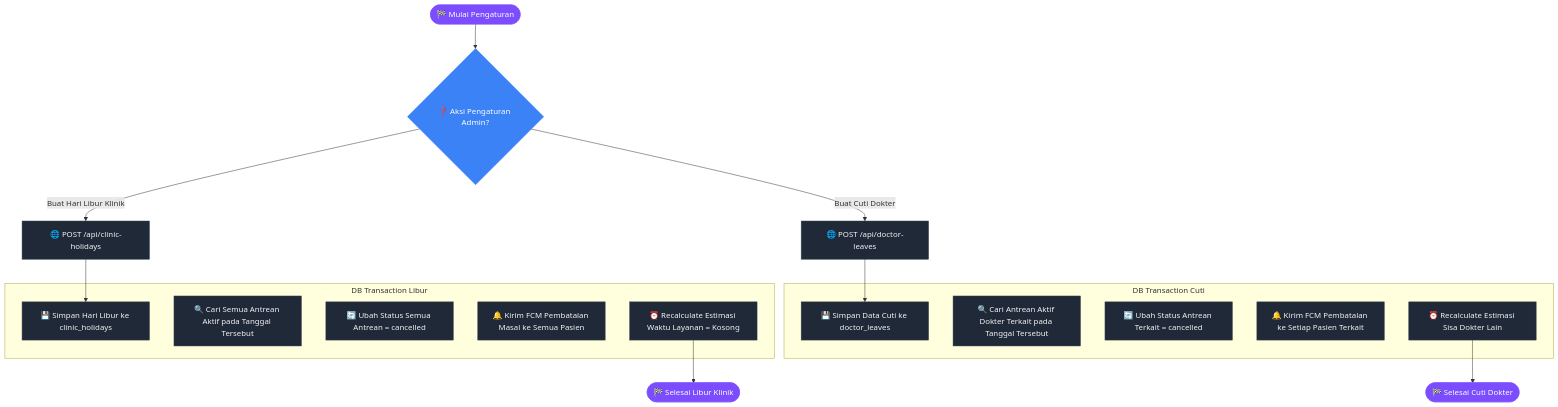
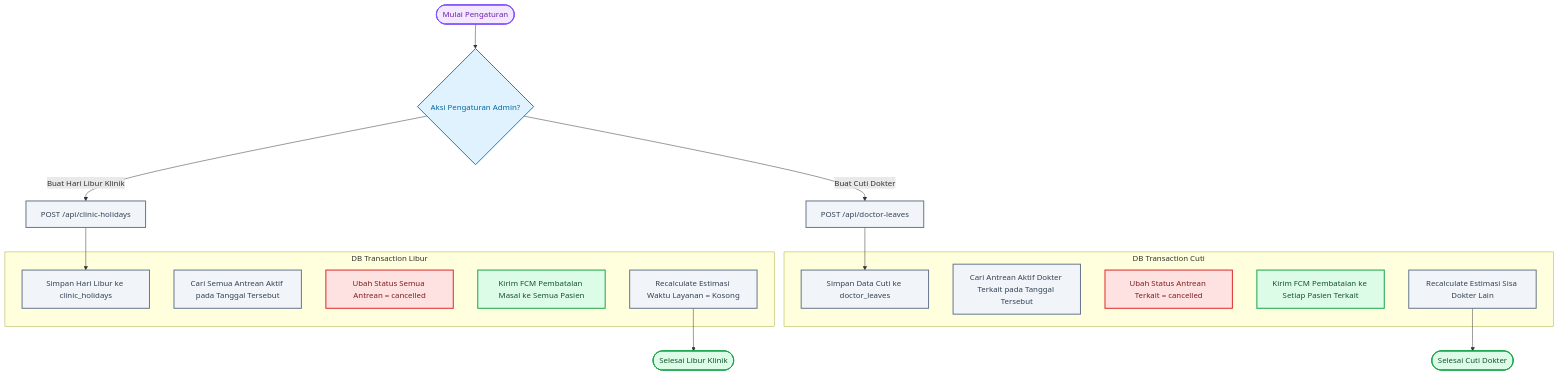
One commit to Rezi14/NalaSeva-Mobile-Test changed the tenth of 10 diagrams in dokumentasi/ALUR_BISNIS.md. Above: the diagram before and after it, drawn with Mermaid. The commit also changed other lines of this file and 1 other file, not shown here.

````diff
--- a/dokumentasi/ALUR_BISNIS.md
+++ b/dokumentasi/ALUR_BISNIS.md
@@ -408,30 +426,32 @@
 ```mermaid
 flowchart TD
-    classDef default fill:#1f2937,stroke:#374151,stroke-width:1px,color:#f3f4f6;
-    classDef startEnd fill:#7c4dff,stroke:#7c4dff,color:#fff;
-    classDef decision fill:#3b82f6,stroke:#3b82f6,color:#fff;
+    classDef startEnd fill:#f3e8ff,stroke:#7c4dff,stroke-width:2px,color:#6b21a8;
+    classDef decision fill:#e0f2fe,stroke:#0284c7,stroke-width:2px,color:#0369a1;
+    classDef process fill:#f1f5f9,stroke:#64748b,stroke-width:2px,color:#334155;
+    classDef success fill:#dcfce7,stroke:#16a34a,stroke-width:2px,color:#14532d;
+    classDef fail fill:#fee2e2,stroke:#dc2626,stroke-width:2px,color:#7f1d1d;
 
-    Start([🏁 Mulai Pengaturan]):::startEnd --> Action{❓ Aksi Pengaturan Admin?}:::decision
+    Start([Mulai Pengaturan]):::startEnd --> Action{Aksi Pengaturan Admin?}:::decision
     
-    Action -- Buat Hari Libur Klinik --> Holiday[🌐 POST /api/clinic-holidays]
+    Action -- Buat Hari Libur Klinik --> Holiday[POST /api/clinic-holidays]:::process
     subgraph DB Transaction Libur
-        H1[💾 Simpan Hari Libur ke clinic_holidays]
-        H2[🔍 Cari Semua Antrean Aktif pada Tanggal Tersebut]
-        H3[🔄 Ubah Status Semua Antrean = cancelled]
-        H4[🔔 Kirim FCM Pembatalan Masal ke Semua Pasien]
-        H5[⏰ Recalculate Estimasi Waktu Layanan = Kosong]
+        H1[Simpan Hari Libur ke clinic_holidays]:::process
+        H2[Cari Semua Antrean Aktif pada Tanggal Tersebut]:::process
+        H3[Ubah Status Semua Antrean = cancelled]:::fail
+        H4[Kirim FCM Pembatalan Masal ke Semua Pasien]:::success
+        H5[Recalculate Estimasi Waktu Layanan = Kosong]:::process
     end
     Holiday --> H1
-    H5 --> Done1([🏁 Selesai Libur Klinik]):::startEnd
+    H5 --> Done1([Selesai Libur Klinik]):::success
     
-    Action -- Buat Cuti Dokter --> Leave[🌐 POST /api/doctor-leaves]
+    Action -- Buat Cuti Dokter --> Leave[POST /api/doctor-leaves]:::process
     subgraph DB Transaction Cuti
-        L1[💾 Simpan Data Cuti ke doctor_leaves]
-        L2[🔍 Cari Antrean Aktif Dokter Terkait pada Tanggal Tersebut]
-        L3[🔄 Ubah Status Antrean Terkait = cancelled]
-        L4[🔔 Kirim FCM Pembatalan ke Setiap Pasien Terkait]
-        L5[⏰ Recalculate Estimasi Sisa Dokter Lain]
+        L1[Simpan Data Cuti ke doctor_leaves]:::process
+        L2[Cari Antrean Aktif Dokter Terkait pada Tanggal Tersebut]:::process
+        L3[Ubah Status Antrean Terkait = cancelled]:::fail
+        L4[Kirim FCM Pembatalan ke Setiap Pasien Terkait]:::success
+        L5[Recalculate Estimasi Sisa Dokter Lain]:::process
     end
     Leave --> L1
-    L5 --> Done2([🏁 Selesai Cuti Dokter]):::startEnd
+    L5 --> Done2([Selesai Cuti Dokter]):::success
 ```
````
